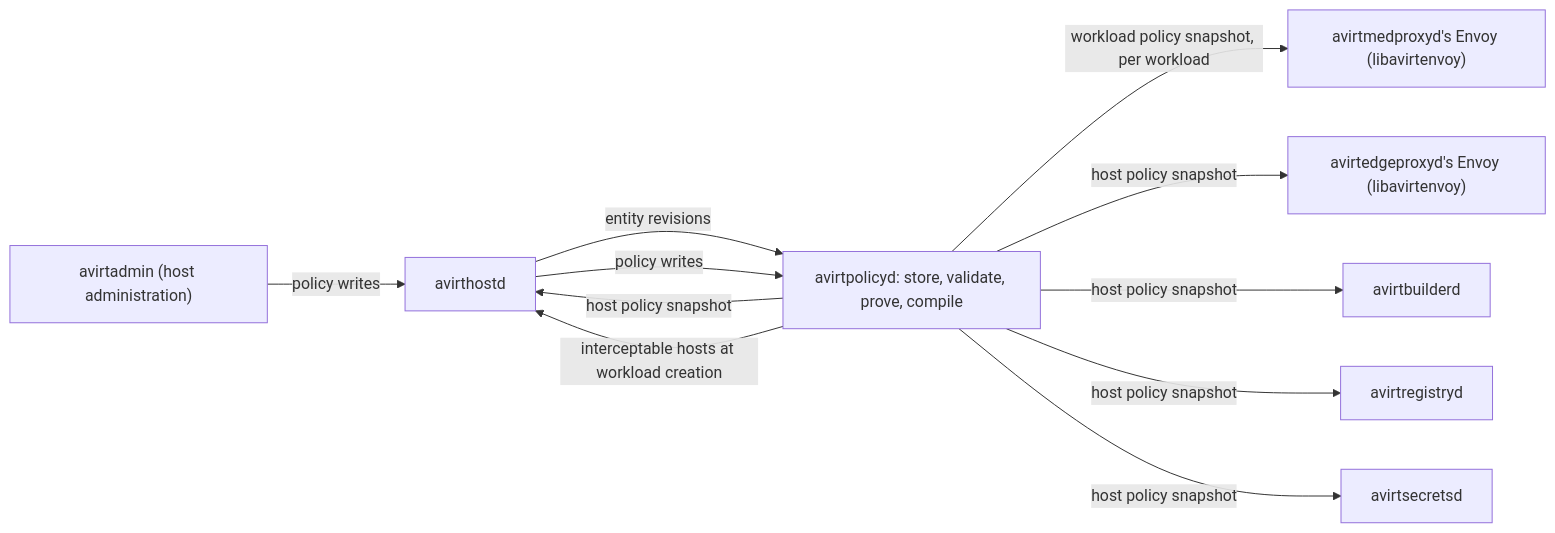
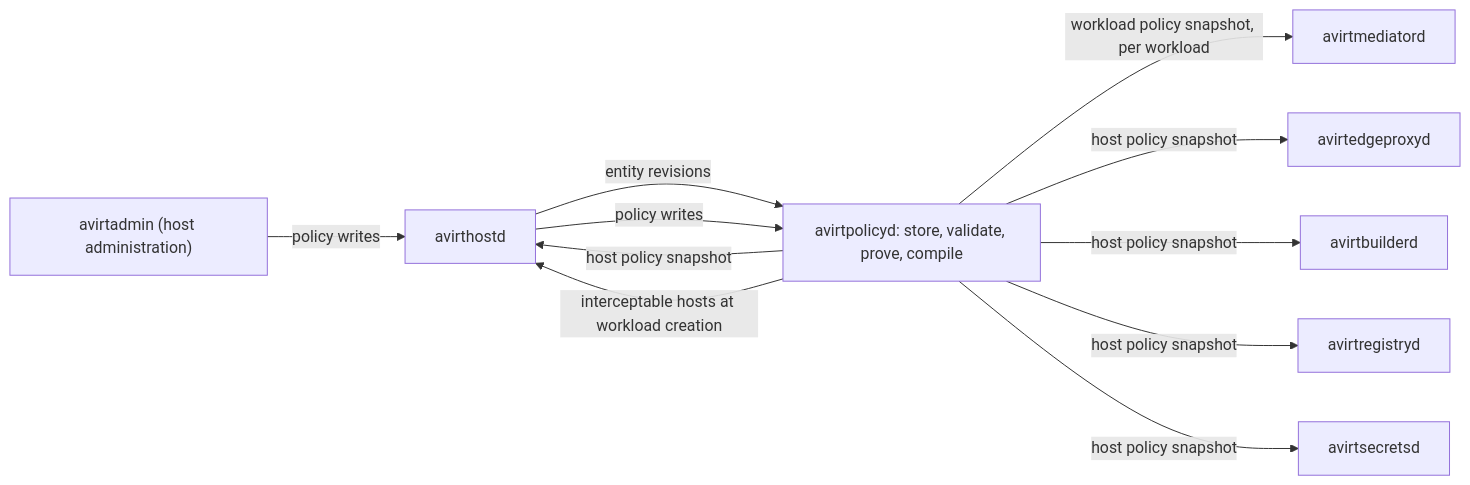
One commit to tbhb-dev/avirt changed the diagram in docs/egress-policies.md. Above: the diagram before and after it, drawn with Mermaid. The commit also changed other lines of this file and 116 other files, not shown here.

````diff
--- a/docs/egress-policies.md
+++ b/docs/egress-policies.md
@@ -33,13 +33,13 @@
 ```mermaid
 flowchart LR
     hostd["avirthostd"] -->|"entity revisions"| pol["avirtpolicyd: store, validate, prove, compile"]
     op["avirtadmin (host administration)"] -->|"policy writes"| hostd
     hostd -->|"policy writes"| pol
-    pol -->|"workload policy snapshot, per workload"| me["avirtmedproxyd's Envoy (libavirtenvoy)"]
-    pol -->|"host policy snapshot"| fd["avirtedgeproxyd's Envoy (libavirtenvoy)"]
+    pol -->|"workload policy snapshot, per workload"| me["avirtmediatord"]
+    pol -->|"host policy snapshot"| fd["avirtedgeproxyd"]
     pol -->|"host policy snapshot"| hostd
     pol -->|"host policy snapshot"| bld["avirtbuilderd"]
     pol -->|"host policy snapshot"| reg["avirtregistryd"]
     pol -->|"host policy snapshot"| sec["avirtsecretsd"]
     pol -->|"interceptable hosts at workload creation"| hostd
 ```
````
